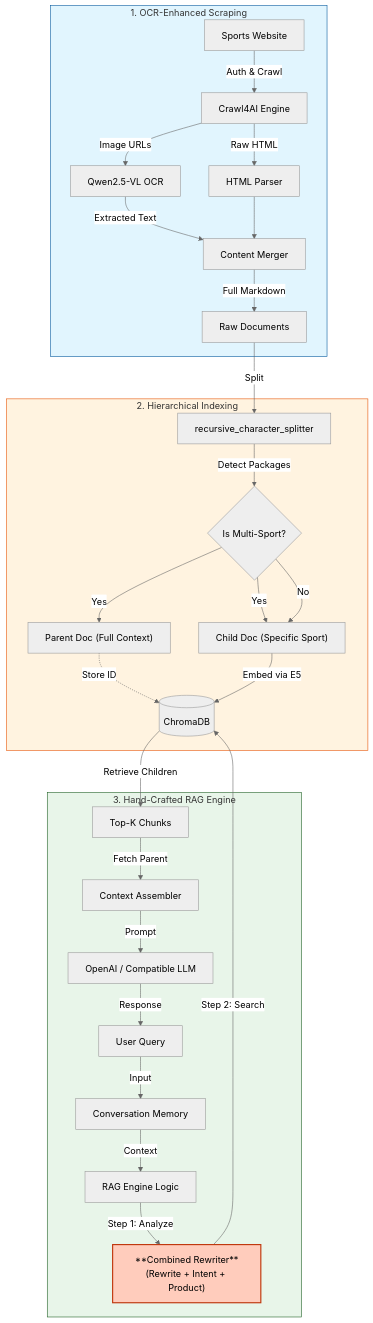
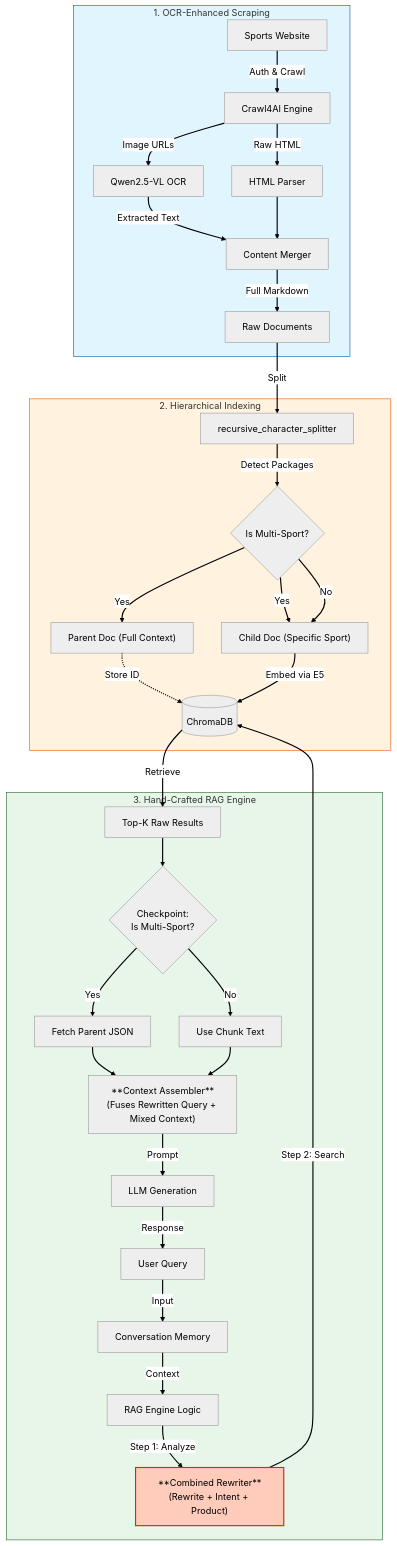
One commit to MossMojito/Chatbot_RAG_handcraft_no_Langchain changed the diagram in architecture_v2.mermaid. Above: the diagram before and after it, drawn with Mermaid (neutral theme). The commit also changed 2 other files, not shown here.

Commit message:
Docs: Sync standalone Mermaid files with README logic

```diff
--- a/architecture_v2.mermaid
+++ b/architecture_v2.mermaid
@@ -1,41 +1,49 @@
 flowchart TD
     subgraph Scraper ["1. OCR-Enhanced Scraping"]
         Web[Sports Website] -->|Auth & Crawl| Crawler[Crawl4AI Engine]
         Crawler -->|Raw HTML| HTML_Parse[HTML Parser]
         Crawler -->|Image URLs| OCR[Qwen2.5-VL OCR]
         OCR -->|Extracted Text| Merger[Content Merger]
         HTML_Parse --> Merger
         Merger -->|Full Markdown| RawMD[Raw Documents]
     end
 
     subgraph Ingestion ["2. Hierarchical Indexing"]
         RawMD -->|Split| Chunker[recursive_character_splitter]
         Chunker -->|Detect Packages| Logic{Is Multi-Sport?}
         
         Logic -- Yes --> Parent["Parent Doc (Full Context)"]
         Logic -- Yes --> Child["Child Doc (Specific Sport)"]
         Logic -- No --> Child
         
         Parent -.->|Store ID| VectorDB[(ChromaDB)]
         Child -->|Embed via E5| VectorDB
     end
 
     subgraph Chatbot ["3. Hand-Crafted RAG Engine"]
         User[User Query] -->|Input| Memory[Conversation Memory]
         Memory -->|Context| Engine[RAG Engine Logic]
         
         %% Flow: Engine calls the Rewriter
         Engine -->|Step 1: Analyze| Rewriter["**Combined Rewriter**<br>(Rewrite + Intent + Product)"]
         Rewriter -->|Step 2: Search| VectorDB
         
-        VectorDB -->|Retrieve Children| Hits[Top-K Chunks]
-        Hits -->|Fetch Parent| Context_Build[Context Assembler]
+        VectorDB -->|Retrieve| Hits[Top-K Raw Results]
         
-        Context_Build -->|Prompt| LLM[OpenAI / Compatible LLM]
+        %% Strategy 2: Per-Result Logic
+        Hits --> RetrievalLogic{Checkpoint:<br>Is Multi-Sport?}
+        RetrievalLogic -- Yes --> FetchedParent[Fetch Parent JSON]
+        RetrievalLogic -- No --> SpecificChunk[Use Chunk Text]
+        
+        FetchedParent --> Assembler
+        SpecificChunk --> Assembler
+        
+        Assembler["**Context Assembler**<br>(Fuses Rewritten Query + Mixed Context)"] -->|Prompt| LLM[LLM Generation]
         LLM -->|Response| User
     end
 
     style Scraper fill:#e1f5fe,stroke:#01579b
     style Ingestion fill:#fff3e0,stroke:#e65100
     style Chatbot fill:#e8f5e9,stroke:#1b5e20
     style Rewriter fill:#ffccbc,stroke:#bf360c,stroke-width:2px
+    linkStyle default stroke:black,stroke-width:2px;
```
